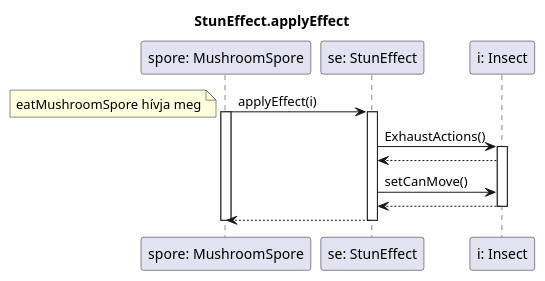
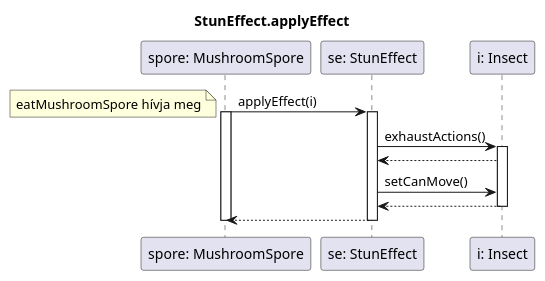
The diagram in diagrams/sequence/effects/stuneffect.plantuml (dzsem/projlab), drawn with PlantUML before and after one commit.

Commit message:
Fix typo in StunEffect

```diff
--- a/diagrams/sequence/effects/stuneffect.plantuml
+++ b/diagrams/sequence/effects/stuneffect.plantuml
@@ -1,28 +1,28 @@
 @startuml StunEffect
 title StunEffect.applyEffect
 
 participant "spore: MushroomSpore" as spore
 participant "se: StunEffect" as effect
 participant "i: Insect" as insect
 
 spore -> effect : applyEffect(i)
 note left: eatMushroomSpore hívja meg
 activate spore
 activate effect
 
-effect->insect: ExhaustActions()
+effect->insect: exhaustActions()
 activate insect
 
 effect<--insect
 
 effect->insect:setCanMove()
 effect<--insect
 deactivate insect
 
 spore <--effect
 deactivate effect
 deactivate spore
 
 
 
 @enduml
```
